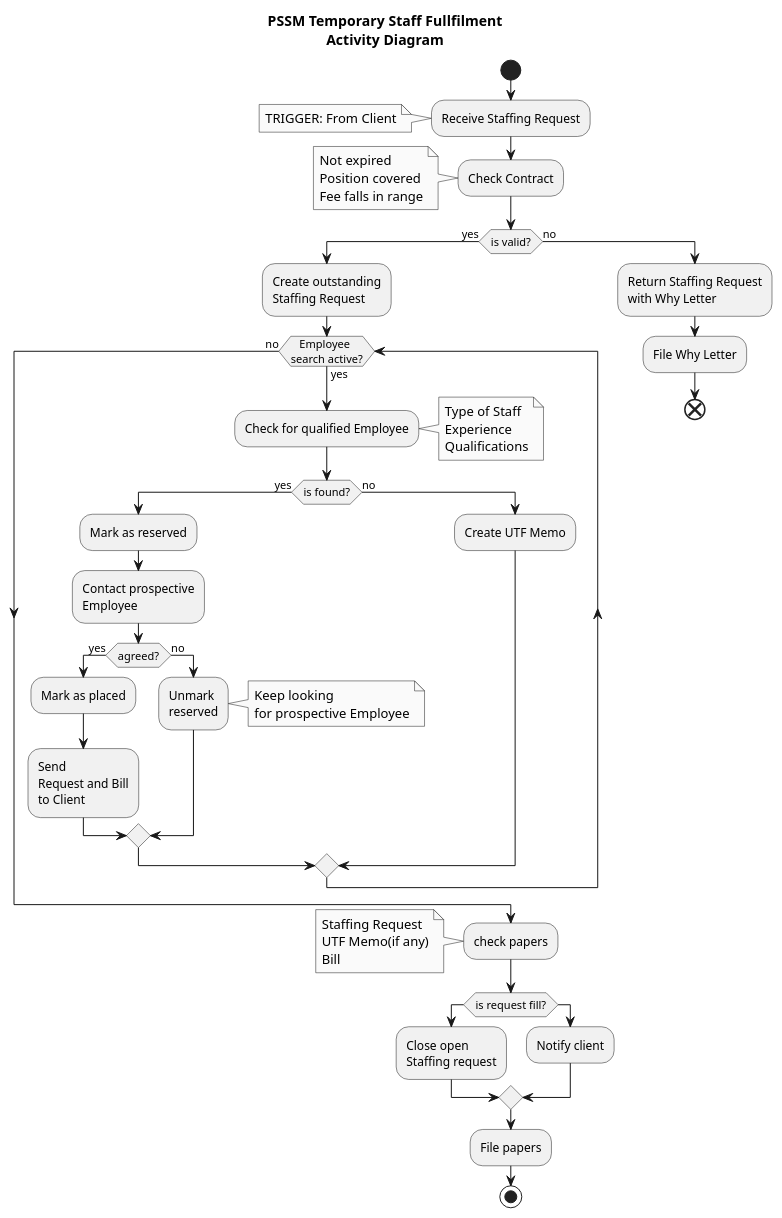
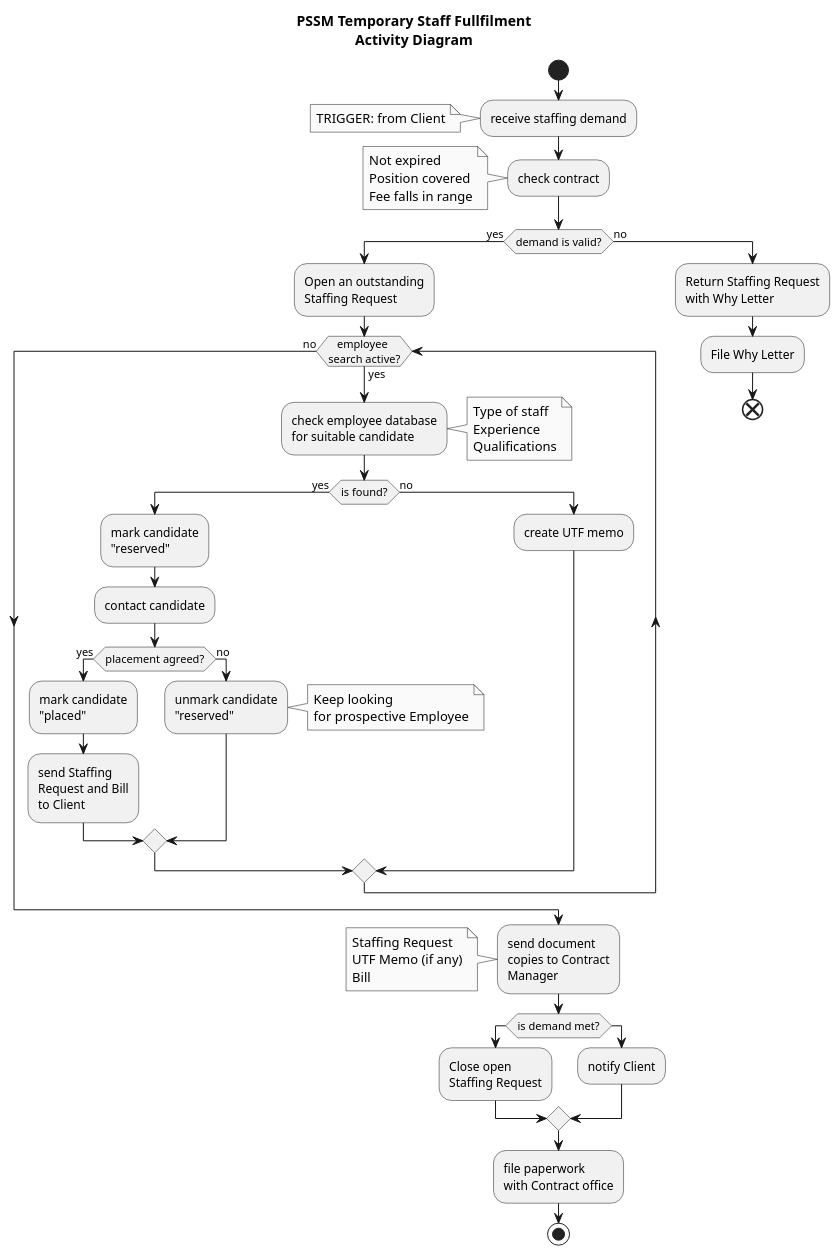
One commit to Nuissance/CIS641-capstone changed the diagram in Analysis/functional/PSSM_staff_fullfilment_ad.puml. Above: the diagram before and after it, drawn with PlantUML. The commit also changed 3 other files, not shown here.

```diff
--- a/Analysis/functional/PSSM_staff_fullfilment_ad.puml
+++ b/Analysis/functional/PSSM_staff_fullfilment_ad.puml
@@ -1,67 +1,72 @@
 @startuml
 skinparam monochrome true
 title PSSM Temporary Staff Fullfilment\nActivity Diagram
 
 start
-  :Receive Staffing Request;
+  :receive staffing demand;
 note left
-  TRIGGER: From Client
+  TRIGGER: from Client
 end note
-:Check Contract;
+:check contract;
 note left
   Not expired
   Position covered
   Fee falls in range
 end note
-if (is valid?) then (yes)
-  :Create outstanding
+if (demand is valid?) then (yes)
+  :Open an outstanding
   Staffing Request;
-  while (   Employee\nsearch active?) is (yes)
-    :Check for qualified Employee;
+  while (   employee\nsearch active?) is (yes)
+    :check employee database
+    for suitable candidate;
     note right
-      Type of Staff
+      Type of staff
       Experience
       Qualifications
     end note
     if (is found?) then (yes)
-      :Mark as reserved;
-      :Contact prospective
-      Employee;
-      if (agreed?) then(yes)
-        :Mark as placed;
-        :Send
+      :mark candidate
+      "reserved";
+      :contact candidate;
+      if (placement agreed?) then (yes)
+        :mark candidate
+        "placed";
+        :send Staffing
         Request and Bill
         to Client;
       else (no)
-          :Unmark
-          reserved;
+          :unmark candidate
+          "reserved";
           note right
             Keep looking
             for prospective Employee
           end note
       endif
     else (no)
-      :Create UTF Memo;
+      :create UTF memo;
     endif
   endwhile (no)
 else (no)
   :Return Staffing Request\nwith Why Letter;
   :File Why Letter;
   end
 endif
-:check papers;
+:send document
+copies to Contract
+Manager;
 note left
   Staffing Request
-  UTF Memo(if any)
+  UTF Memo (if any)
   Bill
 end note
-if (is request fill?)
+if (is demand met?)
   :Close open
-  Staffing request;
+  Staffing Request;
 else
-  :Notify client;
+  :notify Client;
 endif
-:File papers;
+:file paperwork
+with Contract office;
 stop
 
 @enduml
```
